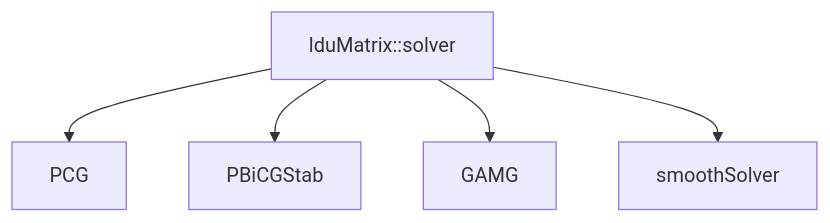
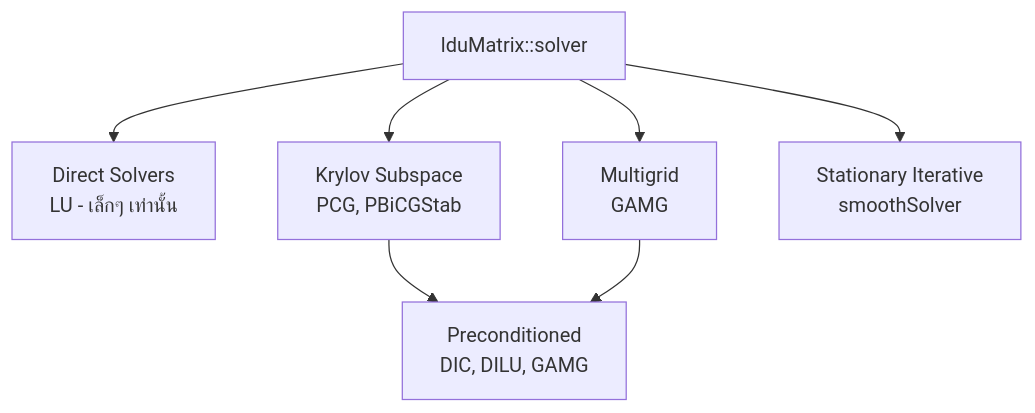
The first of 4 diagrams in MODULE_05_OPENFOAM_PROGRAMMING/CONTENT/06_MATRICES_LINEARALGEBRA/04_Linear_Solvers_Hierarchy.md (wramet/build-my-cfd), drawn with Mermaid before and after one commit. The commit also changed other lines of this file and 124 other files, not shown here.

````diff
--- a/MODULE_05_OPENFOAM_PROGRAMMING/CONTENT/06_MATRICES_LINEARALGEBRA/04_Linear_Solvers_Hierarchy.md
+++ b/MODULE_05_OPENFOAM_PROGRAMMING/CONTENT/06_MATRICES_LINEARALGEBRA/04_Linear_Solvers_Hierarchy.md
@@ -19,7 +29,10 @@
 ```mermaid
 flowchart TD
-    A[lduMatrix::solver] --> B[PCG]
-    A --> C[PBiCGStab]
-    A --> D[GAMG]
-    A --> E[smoothSolver]
+    A[lduMatrix::solver] --> B[Direct Solvers<br/>LU - เล็กๆ เท่านั้น]
+    A --> C[Krylov Subspace<br/>PCG, PBiCGStab]
+    A --> D[Multigrid<br/>GAMG]
+    A --> E[Stationary Iterative<br/>smoothSolver]
+    
+    C --> F[Preconditioned<br/>DIC, DILU, GAMG]
+    D --> F
 ```
````
